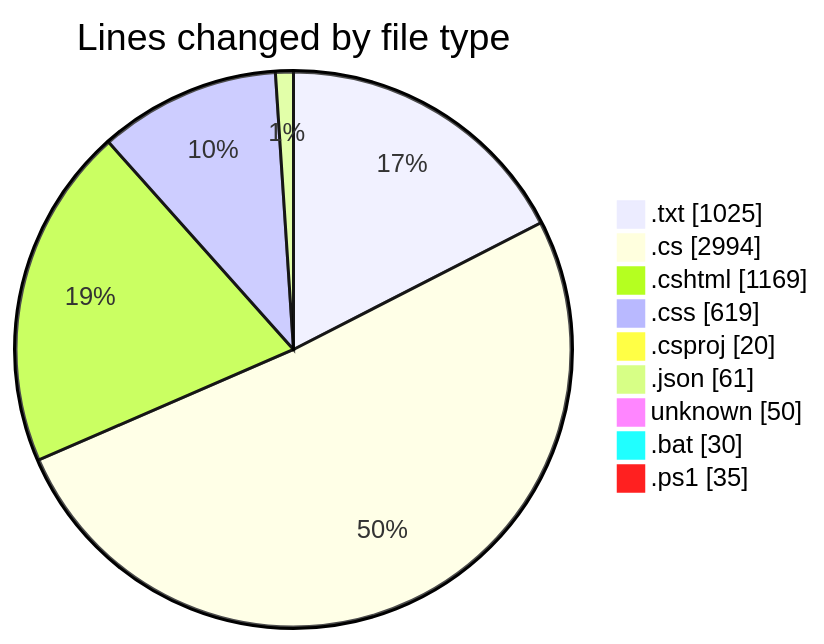
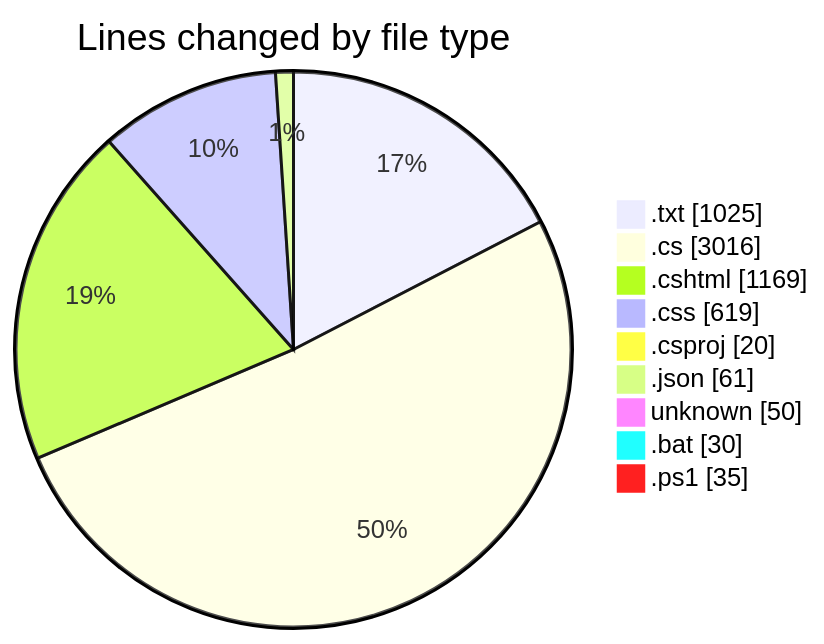
Before and after one commit to lephambinh05/code-tracking: the first of 2 diagrams in 2025-07-26/quanlyrapchieuphim-1/README.md, drawn with Mermaid. The commit also changed other lines of this file and 1 other file, not shown here.

````diff
--- a/2025-07-26/quanlyrapchieuphim-1/README.md
+++ b/2025-07-26/quanlyrapchieuphim-1/README.md
@@ -37,13 +37,13 @@
 ```mermaid
 pie showData
 title Lines changed by file type
 ".txt" : 1025
-".cs" : 2994
+".cs" : 3016
 ".cshtml" : 1169
 ".css" : 619
 ".csproj" : 20
 ".json" : 61
 "unknown" : 50
 ".bat" : 30
 ".ps1" : 35
 ```
````
